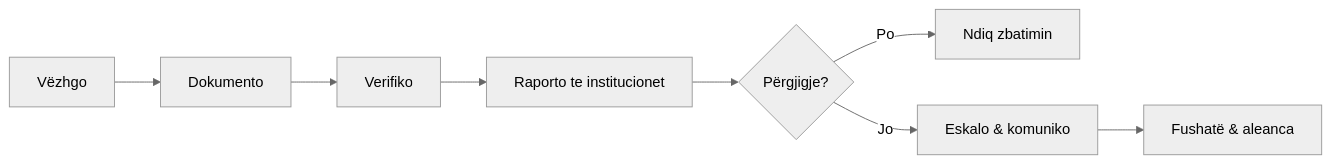
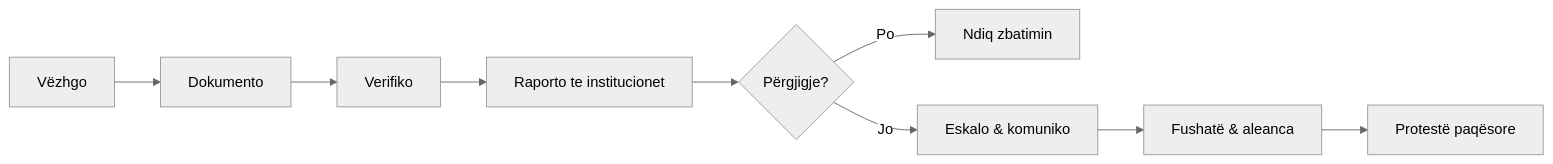
One commit to IllyrianBrains/heritage changed the diagram in docs/aktivizmi/index.md. Above: the diagram before and after it, drawn with Mermaid (neutral theme). The commit also changed other lines of this file and 61 other files, not shown here.

````diff
--- a/docs/aktivizmi/index.md
+++ b/docs/aktivizmi/index.md
@@ -7,10 +7,11 @@
 ```mermaid
 flowchart LR
     A[Vëzhgo] --> B[Dokumento]
     B --> C[Verifiko]
     C --> D[Raporto te institucionet]
     D --> E{Përgjigje?}
     E -- Po --> F[Ndiq zbatimin]
     E -- Jo --> G[Eskalo & komuniko]
     G --> H[Fushatë & aleanca]
+    H --> I[Protestë paqësore]
 ```
````
